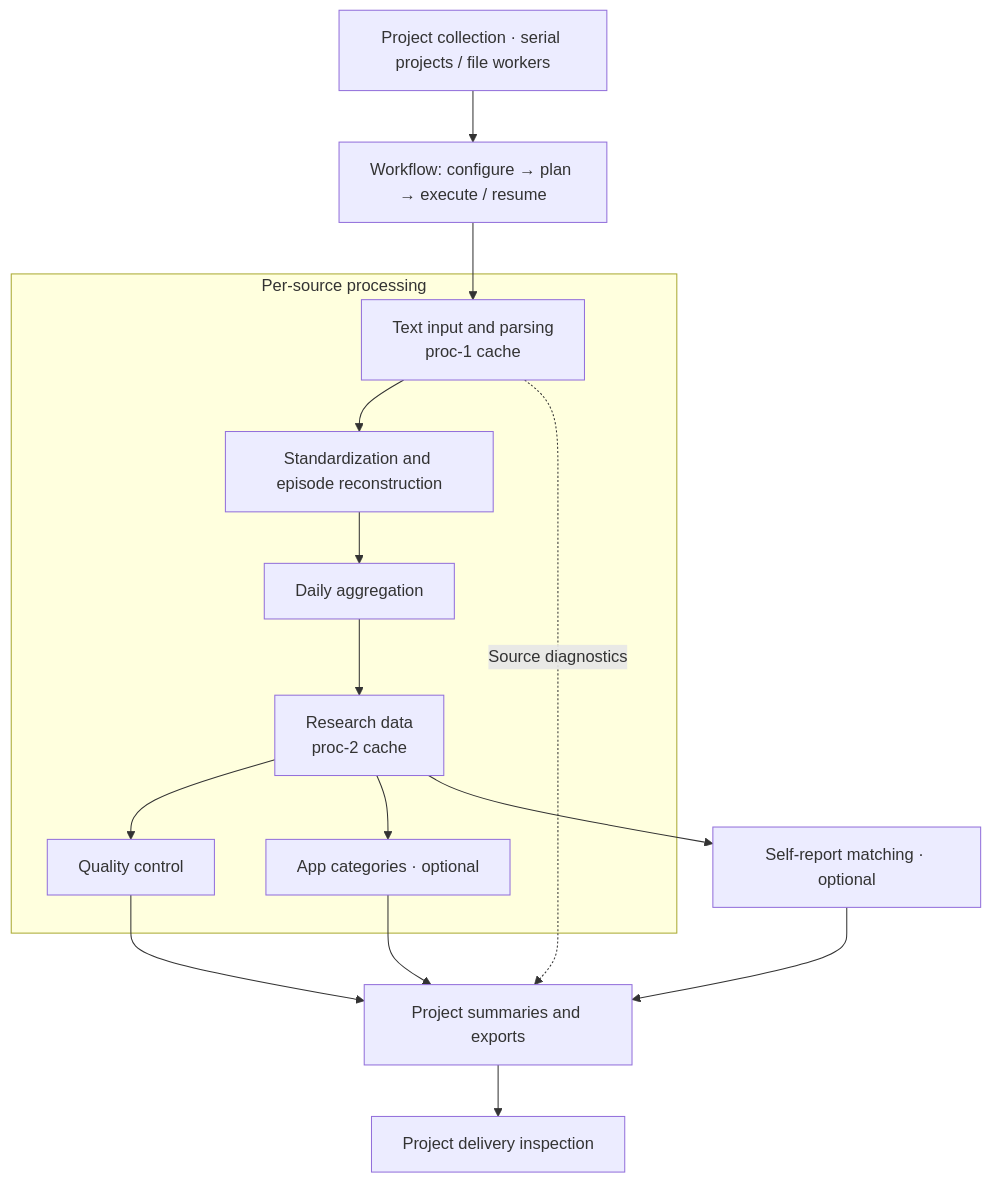
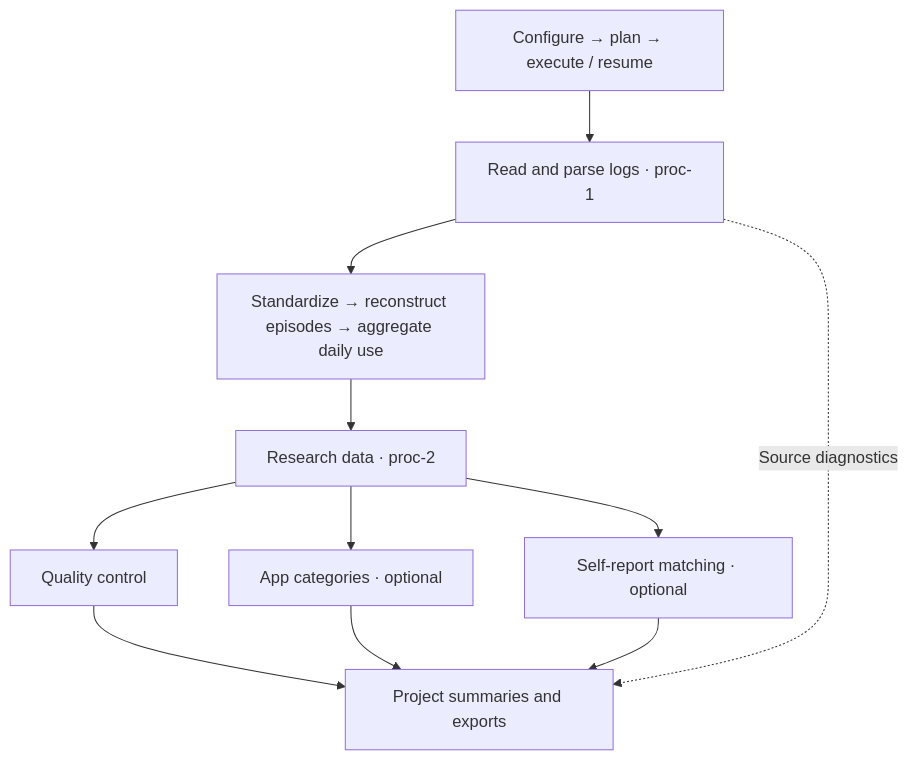
The diagram in README.md (fenmeng123/appusageR), drawn with Mermaid before and after one commit. The commit also changed other lines of this file and 10 other files, not shown here.

````diff
--- a/README.md
+++ b/README.md
@@ -13,24 +50,13 @@
 ```mermaid
 flowchart TB
-    B["Project collection · serial projects / file workers"]
-    W["Workflow: configure → plan → execute / resume"]
-    B --> W
-    W --> P
-    subgraph Sources["Per-source processing"]
-        P["Text input and parsing<br/>proc-1 cache"]
-        S["Standardization and episode reconstruction"]
-        D["Daily aggregation"]
-        C["Research data<br/>proc-2 cache"]
-        Q["Quality control"]
-        A["App categories · optional"]
-        P --> S --> D --> C
-        C --> Q
-        C --> A
-    end
-    C --> M["Self-report matching · optional"]
+    W["Configure → plan → execute / resume"] --> P["Read and parse logs · proc-1"]
+    P --> S["Standardize → reconstruct episodes → aggregate daily use"]
+    S --> R["Research data · proc-2"]
+    R --> Q["Quality control"]
+    R --> C["App categories · optional"]
+    R --> M["Self-report matching · optional"]
     Q --> O["Project summaries and exports"]
-    A --> O
+    C --> O
     M --> O
     P -. "Source diagnostics" .-> O
-    O --> V["Project delivery inspection"]
 ```
````
